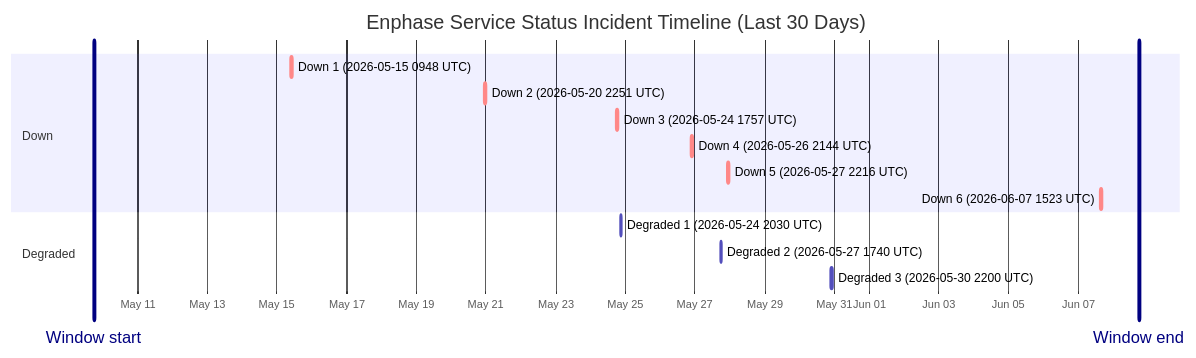
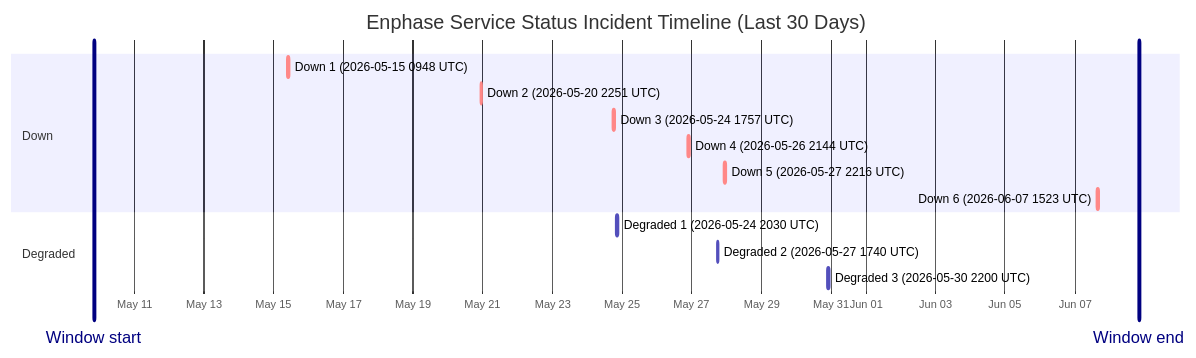
Before and after one commit to barneyonline/ha-enphase-energy: the diagram in wiki/Service-Status-History.md, drawn with Mermaid. The commit also changed other lines of this file and 3 other files, not shown here.

````diff
--- a/wiki/Service-Status-History.md
+++ b/wiki/Service-Status-History.md
@@ -14,19 +14,19 @@
 ```mermaid
 gantt
     title Enphase Service Status Incident Timeline (Last 30 Days)
     dateFormat  YYYY-MM-DDTHH:mm:ss
     axisFormat  %b %d
-    Window start :vert, window-start, 2026-05-09T17:51:21, 0ms
-    Window end :vert, window-end, 2026-06-08T17:51:21, 0ms
+    Window start :vert, window-start, 2026-05-09T20:12:55, 0ms
+    Window end :vert, window-end, 2026-06-08T20:12:55, 0ms
     section Down
     Down 1 (2026-05-15 0948 UTC) :crit, down-1, 2026-05-15T09:48:18, 60m
     Down 2 (2026-05-20 2251 UTC) :crit, down-2, 2026-05-20T22:51:14, 75m
     Down 3 (2026-05-24 1757 UTC) :crit, down-3, 2026-05-24T17:57:41, 86m
     Down 4 (2026-05-26 2144 UTC) :crit, down-4, 2026-05-26T21:44:11, 85m
     Down 5 (2026-05-27 2216 UTC) :crit, down-5, 2026-05-27T22:16:53, 87m
     Down 6 (2026-06-07 1523 UTC) :crit, down-6, 2026-06-07T15:23:22, 87m
     section Degraded
     Degraded 1 (2026-05-24 2030 UTC) :active, degraded-1, 2026-05-24T20:30:57, 84m
     Degraded 2 (2026-05-27 1740 UTC) :active, degraded-2, 2026-05-27T17:40:52, 60m
     Degraded 3 (2026-05-30 2200 UTC) :active, degraded-3, 2026-05-30T22:00:37, 60m
 ```
````
